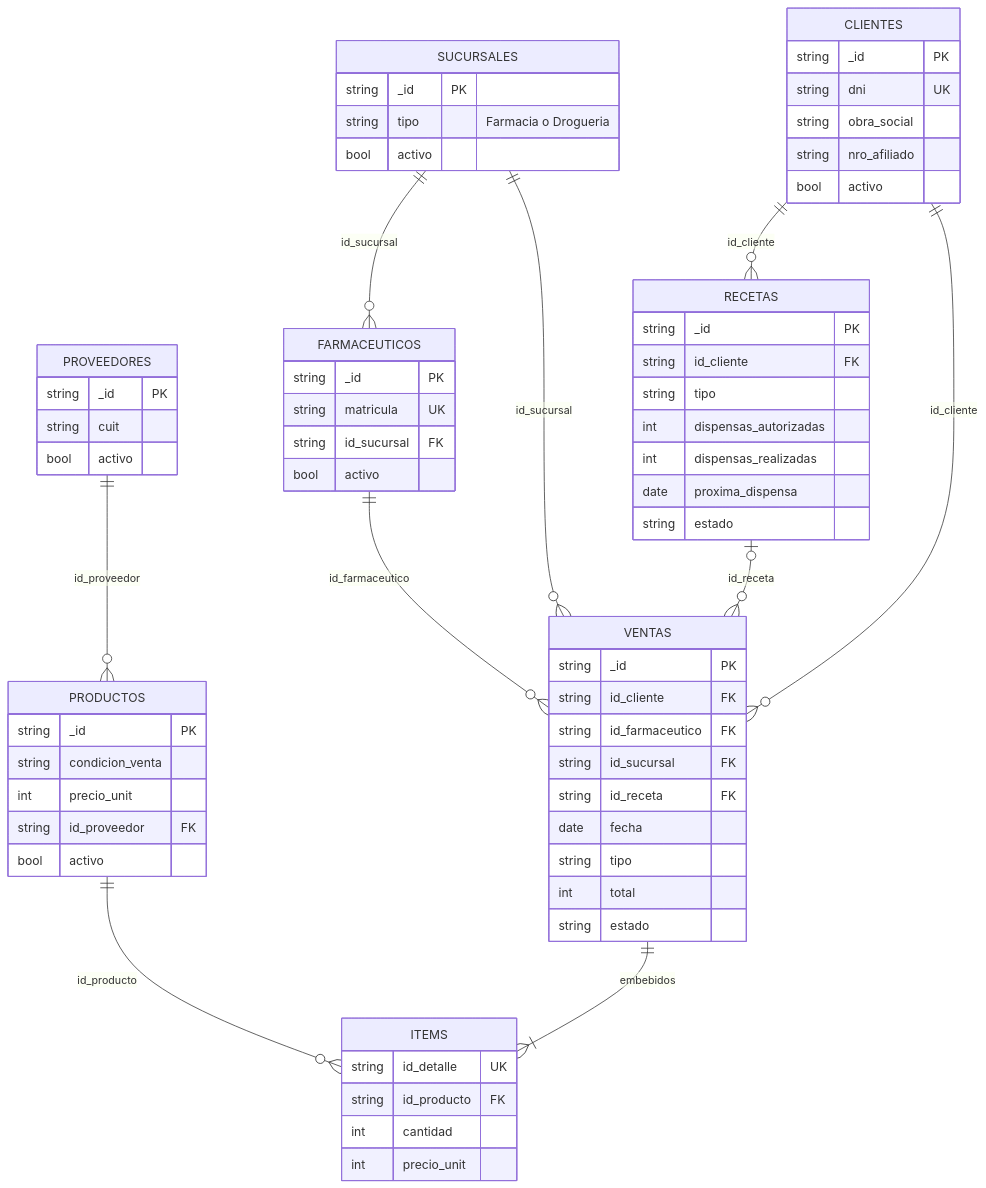
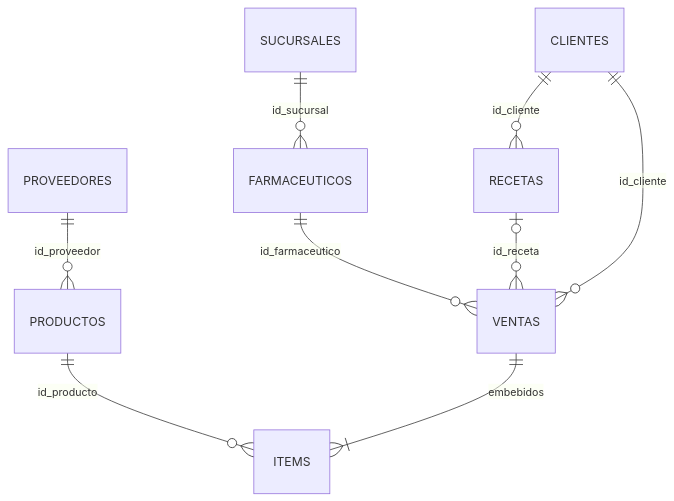
Before and after one commit to franciscocostaa/TPO-BD2: the second of 2 diagrams in docs/informe.md, drawn with Mermaid. The commit also changed other lines of this file, not shown here.

````diff
--- a/docs/informe.md
+++ b/docs/informe.md
@@ -116,69 +43,11 @@
 ```mermaid
 erDiagram
-    PROVEEDORES ||--o{ PRODUCTOS : "id_proveedor"
-    SUCURSALES ||--o{ FARMACEUTICOS : "id_sucursal"
-    CLIENTES ||--o{ RECETAS : "id_cliente"
-    CLIENTES ||--o{ VENTAS : "id_cliente"
-    FARMACEUTICOS ||--o{ VENTAS : "id_farmaceutico"
-    SUCURSALES ||--o{ VENTAS : "id_sucursal"
-    RECETAS |o--o{ VENTAS : "id_receta"
-    VENTAS ||--|{ ITEMS : "embebidos"
-    PRODUCTOS ||--o{ ITEMS : "id_producto"
-
-    CLIENTES {
-        string _id PK
-        string dni UK
-        string obra_social
-        string nro_afiliado
-        bool activo
-    }
-    SUCURSALES {
-        string _id PK
-        string tipo "Farmacia o Drogueria"
-        bool activo
-    }
-    FARMACEUTICOS {
-        string _id PK
-        string matricula UK
-        string id_sucursal FK
-        bool activo
-    }
-    PROVEEDORES {
-        string _id PK
-        string cuit
-        bool activo
-    }
-    PRODUCTOS {
-        string _id PK
-        string condicion_venta
-        int precio_unit
-        string id_proveedor FK
-        bool activo
-    }
-    RECETAS {
-        string _id PK
-        string id_cliente FK
-        string tipo
-        int dispensas_autorizadas
-        int dispensas_realizadas
-        date proxima_dispensa
-        string estado
-    }
-    VENTAS {
-        string _id PK
-        string id_cliente FK
-        string id_farmaceutico FK
-        string id_sucursal FK
-        string id_receta FK
-        date fecha
-        string tipo
-        int total
-        string estado
-    }
-    ITEMS {
-        string id_detalle UK
-        string id_producto FK
-        int cantidad
-        int precio_unit
-    }
+    PROVEEDORES ||--o{ PRODUCTOS : id_proveedor
+    SUCURSALES ||--o{ FARMACEUTICOS : id_sucursal
+    CLIENTES ||--o{ RECETAS : id_cliente
+    CLIENTES ||--o{ VENTAS : id_cliente
+    FARMACEUTICOS ||--o{ VENTAS : id_farmaceutico
+    RECETAS |o--o{ VENTAS : id_receta
+    VENTAS ||--|{ ITEMS : embebidos
+    PRODUCTOS ||--o{ ITEMS : id_producto
 ```
````
